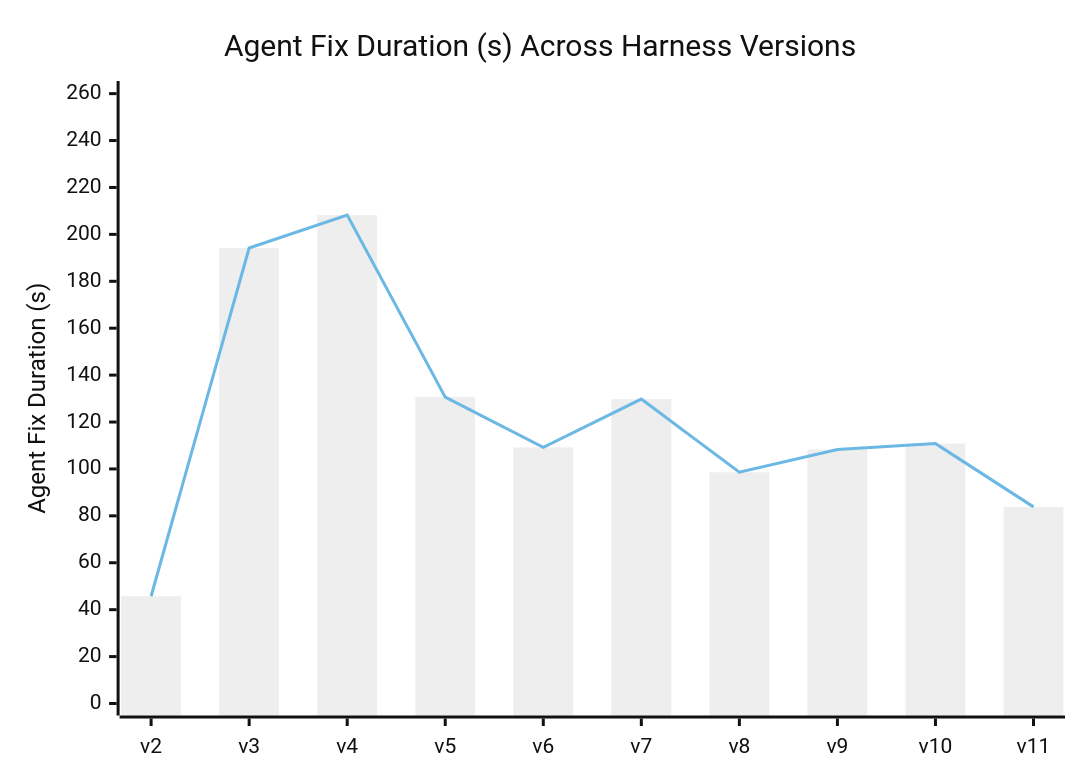
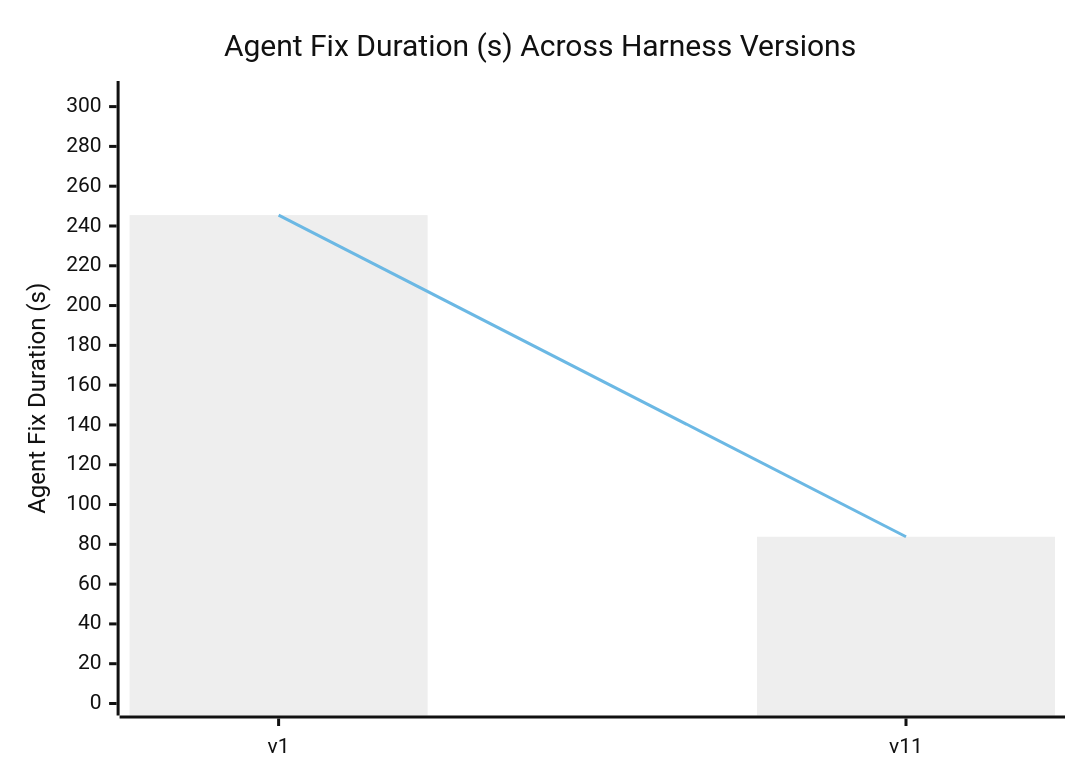
The diagram in PERFORMANCE_REPORT.md (denizin42/cs440-lab6-thealgorithms-contrib), drawn with Mermaid (neutral theme) before and after one commit. The commit also changed other lines of this file and 2 other files, not shown here.

````diff
--- a/PERFORMANCE_REPORT.md
+++ b/PERFORMANCE_REPORT.md
@@ -21,8 +21,8 @@
 ```mermaid
 xychart-beta
     title "Agent Fix Duration (s) Across Harness Versions"
-    x-axis ["v2", "v3", "v4", "v5", "v6", "v7", "v8", "v9", "v10", "v11"]
-    y-axis "Agent Fix Duration (s)" 0 --> 260.27
-    bar [45.724, 194.199, 208.213, 130.619, 109.192, 129.762, 98.587, 108.264, 110.805, 83.822]
-    line [45.724, 194.199, 208.213, 130.619, 109.192, 129.762, 98.587, 108.264, 110.805, 83.822]
+    x-axis ["v1", "v11"]
+    y-axis "Agent Fix Duration (s)" 0 --> 306.84
+    bar [245.475, 83.822]
+    line [245.475, 83.822]
 ```
````
